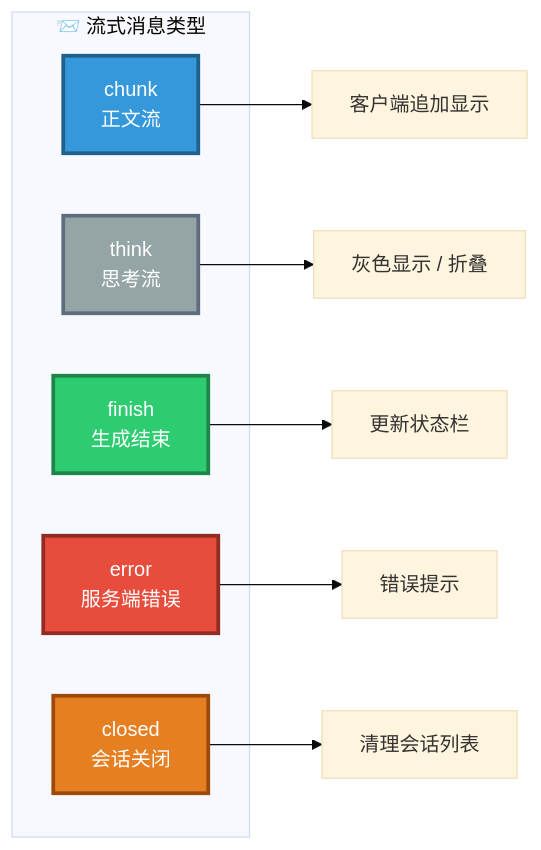
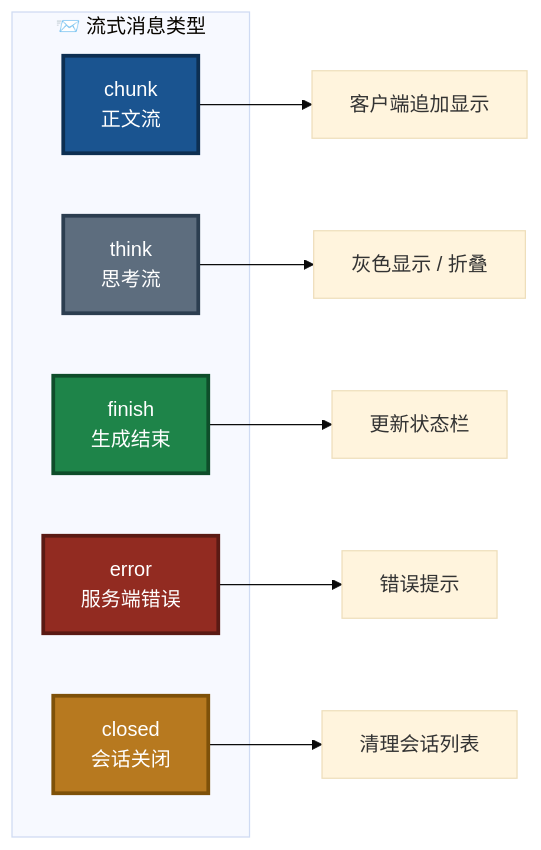
Before and after one commit to PassByYou888/LingoFuse-pasAgent: diagram 20 of 28 in src/llm-service/LingoFuse_LLM_Ecosystem_User_Guide.md, drawn with Mermaid (base theme). The commit also changed other lines of this file, not shown here.

````diff
--- a/src/llm-service/LingoFuse_LLM_Ecosystem_User_Guide.md
+++ b/src/llm-service/LingoFuse_LLM_Ecosystem_User_Guide.md
@@ -634,22 +705,22 @@
 ```mermaid
 flowchart LR
     subgraph MSG["📨 流式消息类型"]
         C["chunk<br/>正文流"]
         T["think<br/>思考流"]
         F["finish<br/>生成结束"]
         E["error<br/>服务端错误"]
         CL["closed<br/>会话关闭"]
     end
 
     C --> CU["客户端追加显示"]
     T --> TU["灰色显示 / 折叠"]
     F --> FU["更新状态栏"]
     E --> EU["错误提示"]
     CL --> CLU["清理会话列表"]
 
-    style C fill:#3498DB,stroke:#1F618D,stroke-width:3px,color:#FFFFFF
-    style T fill:#95A5A6,stroke:#5D6D7E,stroke-width:3px,color:#FFFFFF
-    style F fill:#2ECC71,stroke:#1E8449,stroke-width:3px,color:#FFFFFF
-    style E fill:#E74C3C,stroke:#922B21,stroke-width:3px,color:#FFFFFF
-    style CL fill:#E67E22,stroke:#9C4A0C,stroke-width:3px,color:#FFFFFF
+    style C fill:#1A5490,stroke:#0D2F52,stroke-width:3px,color:#FFFFFF
+    style T fill:#5D6D7E,stroke:#2C3E50,stroke-width:3px,color:#FFFFFF
+    style F fill:#1E8449,stroke:#0E4D2A,stroke-width:3px,color:#FFFFFF
+    style E fill:#922B21,stroke:#5A1A14,stroke-width:3px,color:#FFFFFF
+    style CL fill:#B7791F,stroke:#7E5109,stroke-width:3px,color:#FFFFFF
 ```
````
